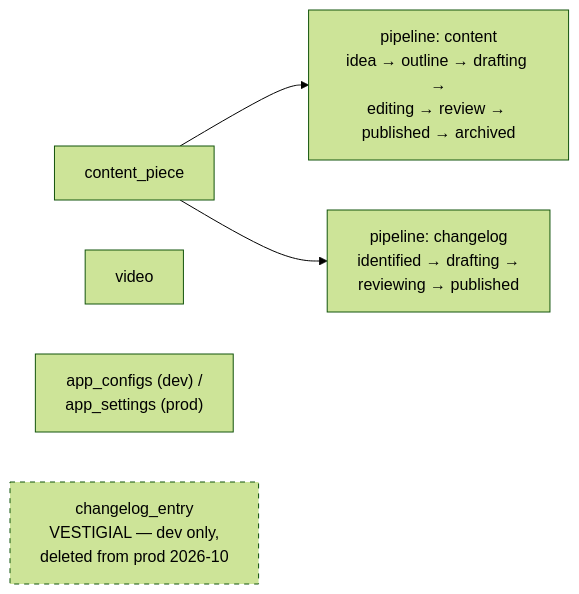
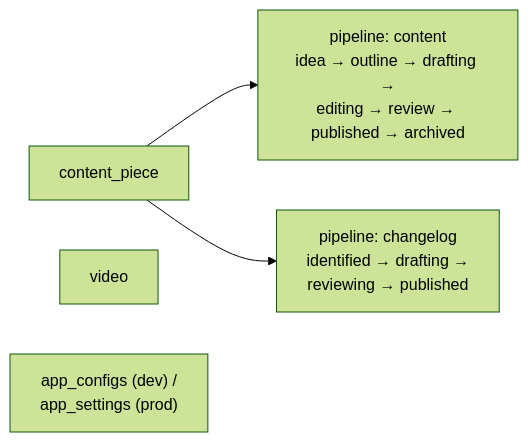
One commit to dennisedson/hubspot-central-brain changed the fourth of 5 diagrams in docs/ARCHITECTURE.md. Above: the diagram before and after it, drawn with Mermaid (forest theme). The commit also changed other lines of this file and 13 other files, not shown here.

````diff
--- a/docs/ARCHITECTURE.md
+++ b/docs/ARCHITECTURE.md
@@ -232,13 +232,10 @@
 ```mermaid
 flowchart LR
     cp["content_piece"]
     p1["pipeline: content<br/>idea → outline → drafting →<br/>editing → review → published → archived"]
     p2["pipeline: changelog<br/>identified → drafting →<br/>reviewing → published"]
     cp --> p1
     cp --> p2
     v["video"]
     cfg["app_configs (dev) /<br/>app_settings (prod)"]
-    ce["changelog_entry<br/>VESTIGIAL — dev only,<br/>deleted from prod 2026-10"]
-
-    style ce stroke-dasharray: 5 5
 ```
````
